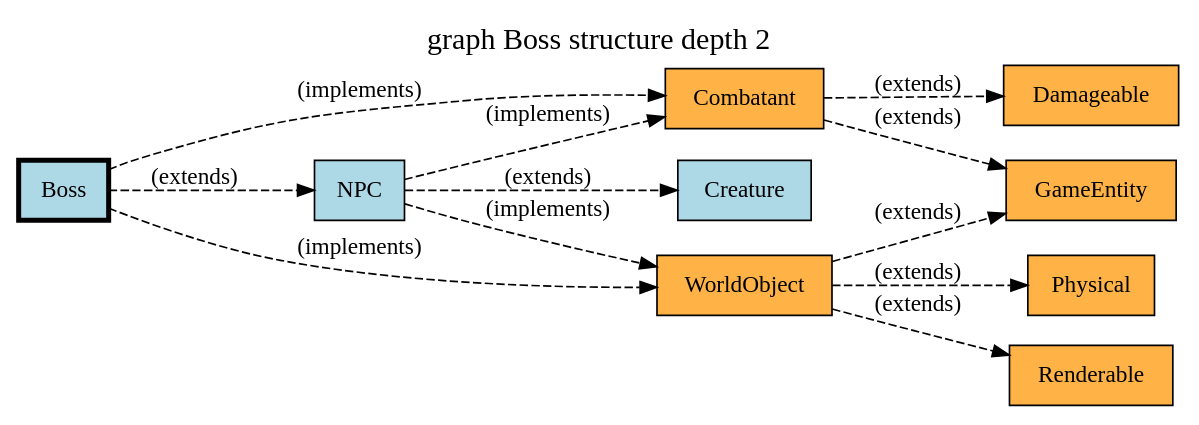
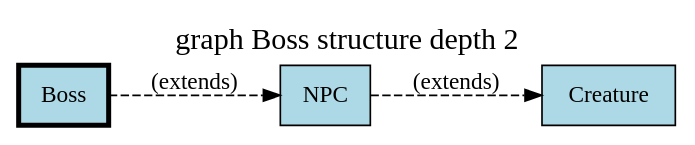
The diagram in scratch/graphs/examples/03-boss-structure-d2.dot (curious-machines/typed_tables), drawn with Graphviz before and after one commit. The commit also changed 79 other files, not shown here.

First line of the commit message:
Fix graph implements edges and path-to target expansion

```diff
--- a/scratch/graphs/examples/03-boss-structure-d2.dot
+++ b/scratch/graphs/examples/03-boss-structure-d2.dot
@@ -1,29 +1,14 @@
 digraph types {
     rankdir=LR;
     node [style=filled];
     label="graph Boss structure depth 2";
     labelloc=t;
     fontsize=18;
 
     "Boss" [shape=box, fillcolor="#ADD8E6", penwidth=3];
-    "Combatant" [shape=box, fillcolor="#FFB347"];
     "Creature" [shape=box, fillcolor="#ADD8E6"];
-    "Damageable" [shape=box, fillcolor="#FFB347"];
-    "GameEntity" [shape=box, fillcolor="#FFB347"];
     "NPC" [shape=box, fillcolor="#ADD8E6"];
-    "Physical" [shape=box, fillcolor="#FFB347"];
-    "Renderable" [shape=box, fillcolor="#FFB347"];
-    "WorldObject" [shape=box, fillcolor="#FFB347"];
 
     "Boss" -> "NPC" [label="(extends)", style=dashed];
-    "Boss" -> "Combatant" [label="(implements)", style=dashed];
-    "Boss" -> "WorldObject" [label="(implements)", style=dashed];
-    "Combatant" -> "GameEntity" [label="(extends)", style=dashed];
-    "Combatant" -> "Damageable" [label="(extends)", style=dashed];
-    "WorldObject" -> "GameEntity" [label="(extends)", style=dashed];
-    "WorldObject" -> "Renderable" [label="(extends)", style=dashed];
-    "WorldObject" -> "Physical" [label="(extends)", style=dashed];
     "NPC" -> "Creature" [label="(extends)", style=dashed];
-    "NPC" -> "Combatant" [label="(implements)", style=dashed];
-    "NPC" -> "WorldObject" [label="(implements)", style=dashed];
 }
```
